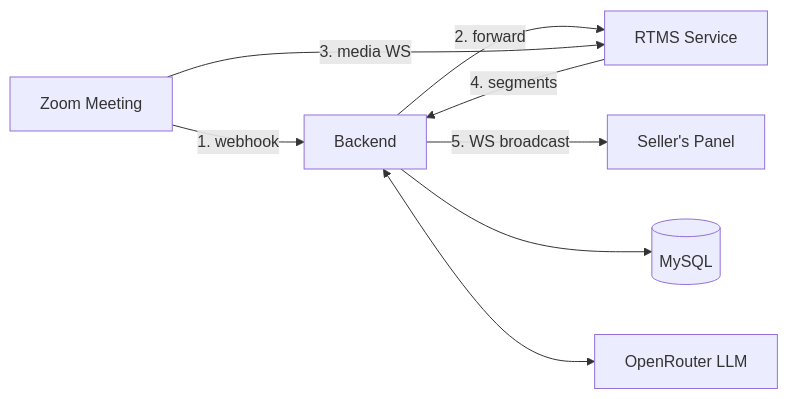
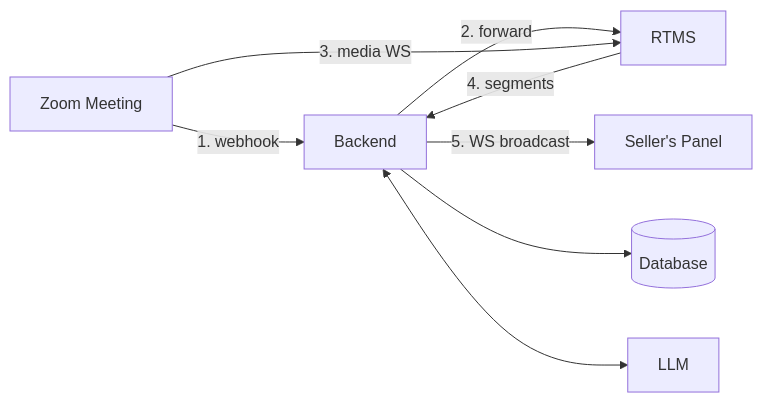
The diagram in blueprints/realtime-sales-coach/index.md (zoom/blueprints), drawn with Mermaid before and after one commit. The commit also changed other lines of this file and 1 other file, not shown here.

````diff
--- a/blueprints/realtime-sales-coach/index.md
+++ b/blueprints/realtime-sales-coach/index.md
@@ -82,10 +74,10 @@
 ```mermaid
 graph LR
     Z[Zoom Meeting] -->|1. webhook| B[Backend]
-    B -->|2. forward| R[RTMS Service]
+    B -->|2. forward| R[RTMS]
     Z -->|3. media WS| R
     R -->|4. segments| B
     B -->|5. WS broadcast| P[Seller's Panel]
-    B --> D[(MySQL)]
-    B <--> L[OpenRouter LLM]
+    B --> D[(Database)]
+    B <--> L[LLM]
 ```
````
